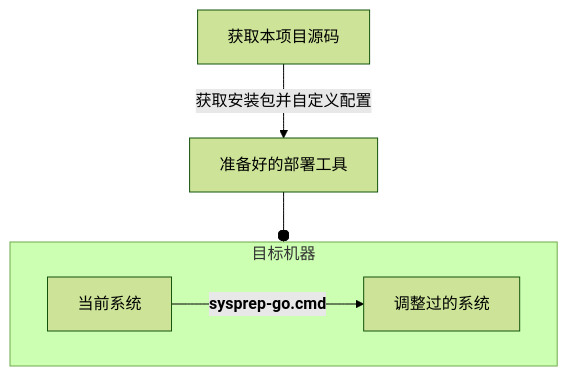
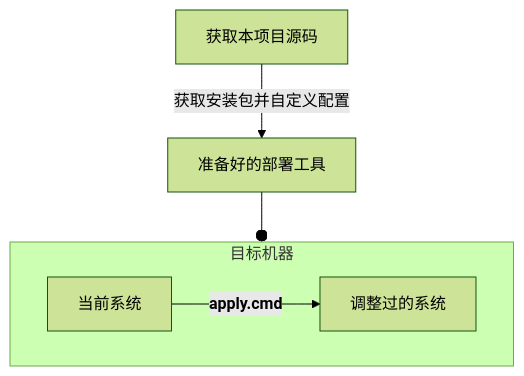
The second of 2 diagrams in README_ZH.md (neo-sam/mysysprep), drawn with Mermaid (forest theme) before and after one commit. The commit also changed other lines of this file and 30 other files, not shown here.

````diff
--- a/README_ZH.md
+++ b/README_ZH.md
@@ -37,8 +37,8 @@
 ```mermaid
 flowchart TB
   fetch[获取本项目源码] -- 获取安装包并自定义配置 --> bundle[准备好的部署工具]
   subgraph config [目标机器]
-      old[当前系统] -- <b>sysprep-go.cmd</b> --> new[调整过的系统]
+      old[当前系统] -- <b>apply.cmd</b> --> new[调整过的系统]
   end
   bundle --o config
 ```
````
